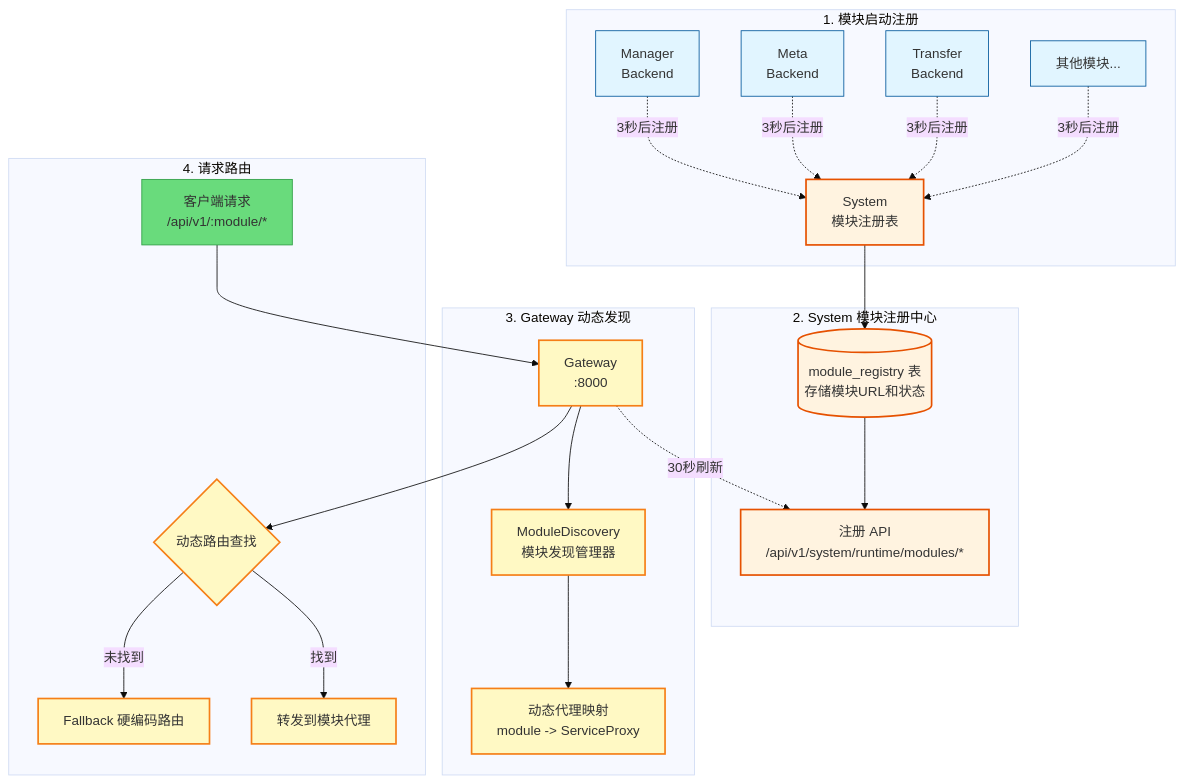
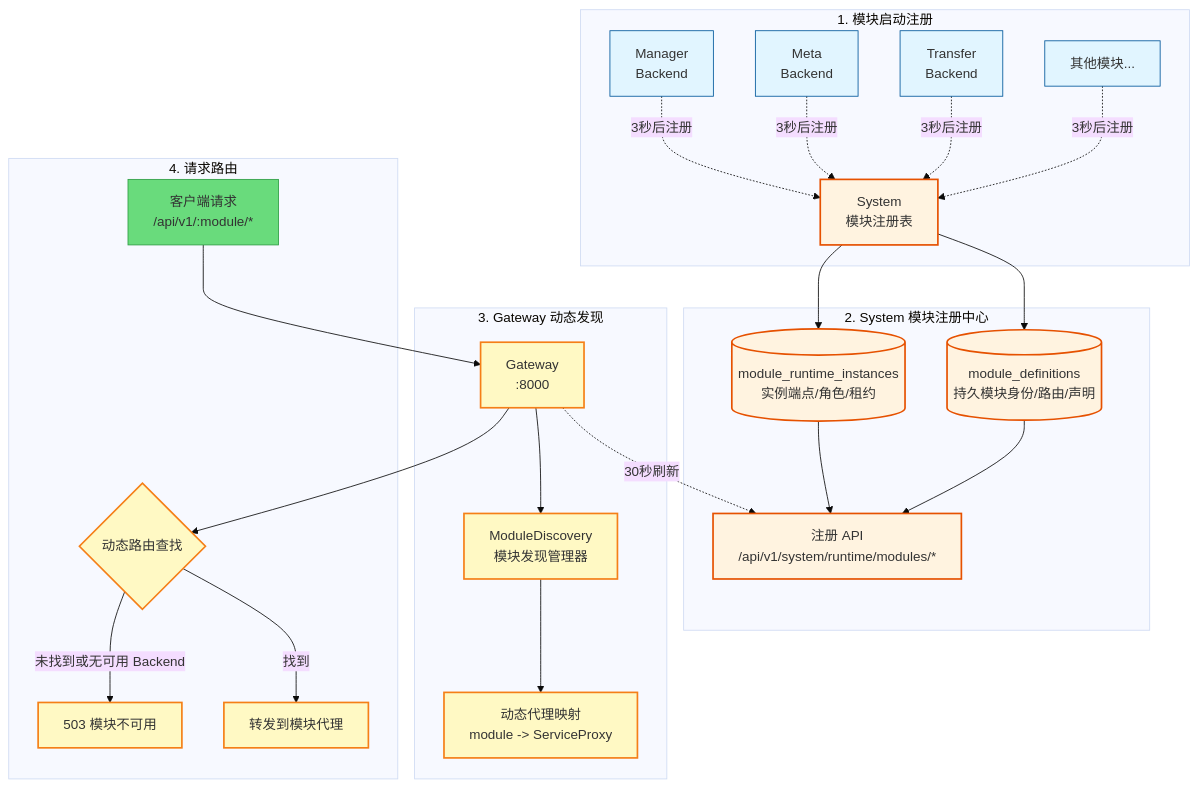
The eighth of 14 diagrams in docs/concepts/addp模块架构图.md (pampa0629/addp), drawn with Mermaid (base theme) before and after one commit. The commit also changed other lines of this file and 58 other files, not shown here.

````diff
--- a/docs/concepts/addp模块架构图.md
+++ b/docs/concepts/addp模块架构图.md
@@ -528,38 +528,40 @@
 ```mermaid
 graph TB
     subgraph "1. 模块启动注册"
         Manager[Manager<br/>Backend] -.3秒后注册.-> SystemReg[System<br/>模块注册表]
         Meta[Meta<br/>Backend] -.3秒后注册.-> SystemReg
         Transfer[Transfer<br/>Backend] -.3秒后注册.-> SystemReg
         Other[其他模块...] -.3秒后注册.-> SystemReg
     end
 
     subgraph "2. System 模块注册中心"
-        SystemReg --> RegTable[(module_registry 表<br/>存储模块URL和状态)]
-        RegTable --> RegAPI[注册 API<br/>/api/v1/system/runtime/modules/*]
+        SystemReg --> DefinitionTable[(module_definitions<br/>持久模块身份/路由/声明)]
+        SystemReg --> InstanceTable[(module_runtime_instances<br/>实例端点/角色/租约)]
+        DefinitionTable --> RegAPI[注册 API<br/>/api/v1/system/runtime/modules/*]
+        InstanceTable --> RegAPI
     end
 
     subgraph "3. Gateway 动态发现"
         Gateway[Gateway<br/>:8000] -.30秒刷新.-> RegAPI
         Gateway --> Discovery[ModuleDiscovery<br/>模块发现管理器]
         Discovery --> Proxies[动态代理映射<br/>module -> ServiceProxy]
     end
 
     subgraph "4. 请求路由"
         Client[客户端请求<br/>/api/v1/:module/*] --> Gateway
         Gateway --> DynamicRoute{动态路由查找}
         DynamicRoute -->|找到| Forward[转发到模块代理]
-        DynamicRoute -->|未找到| Fallback[Fallback 硬编码路由]
+        DynamicRoute -->|未找到或无可用 Backend| Unavailable[503 模块不可用]
     end
 
     classDef backend fill:#e1f5ff,stroke:#01579b
     classDef system fill:#fff3e0,stroke:#e65100,stroke-width:2px
     classDef gateway fill:#fff9c4,stroke:#f57f17,stroke-width:2px
     classDef client fill:#69db7c,stroke:#2f9e44
     classDef infra fill:#fce4ec,stroke:#880e4f
 
     class Manager,Meta,Transfer,Other backend
-    class SystemReg,RegTable,RegAPI system
-    class Gateway,Discovery,Proxies,DynamicRoute,Forward,Fallback gateway
+    class SystemReg,DefinitionTable,InstanceTable,RegAPI system
+    class Gateway,Discovery,Proxies,DynamicRoute,Forward,Unavailable gateway
     class Client client
 ```
````
